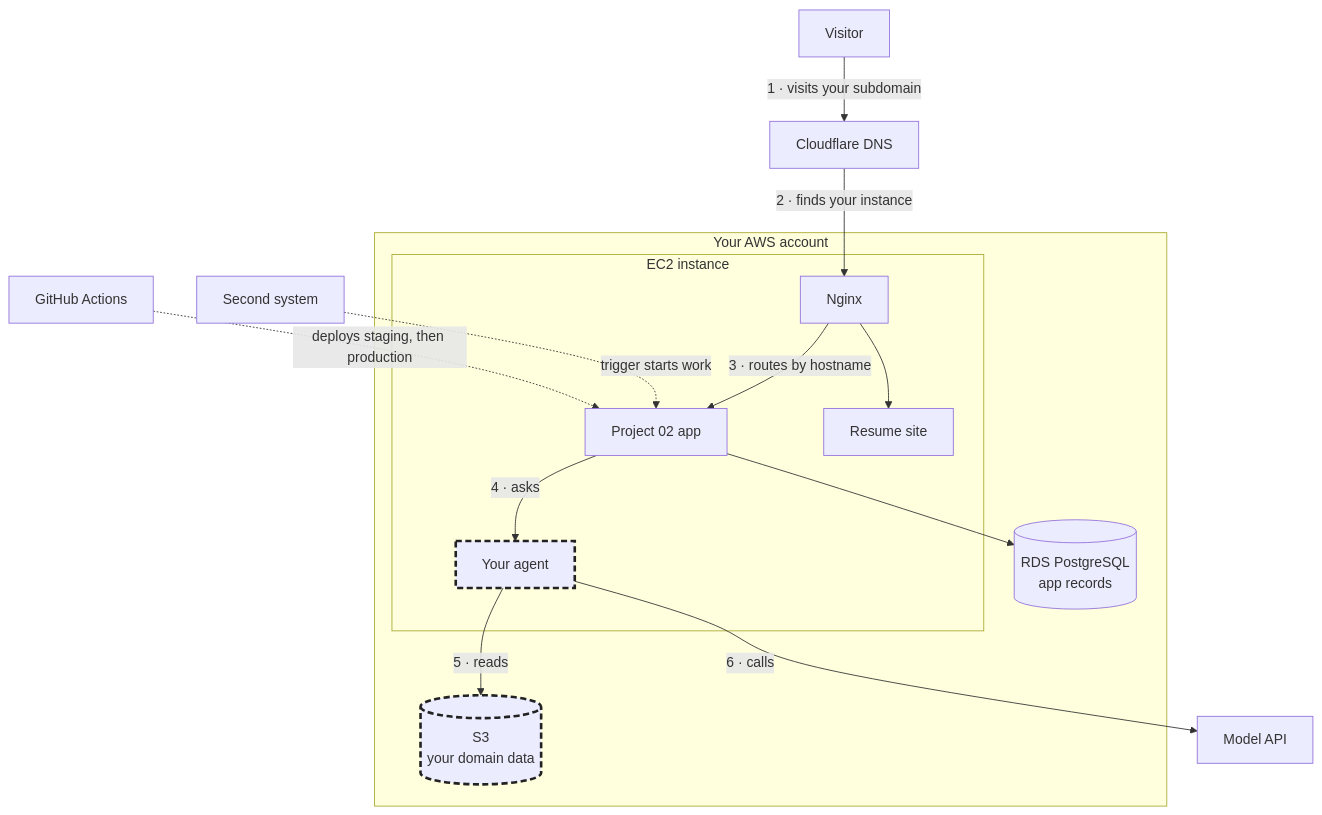
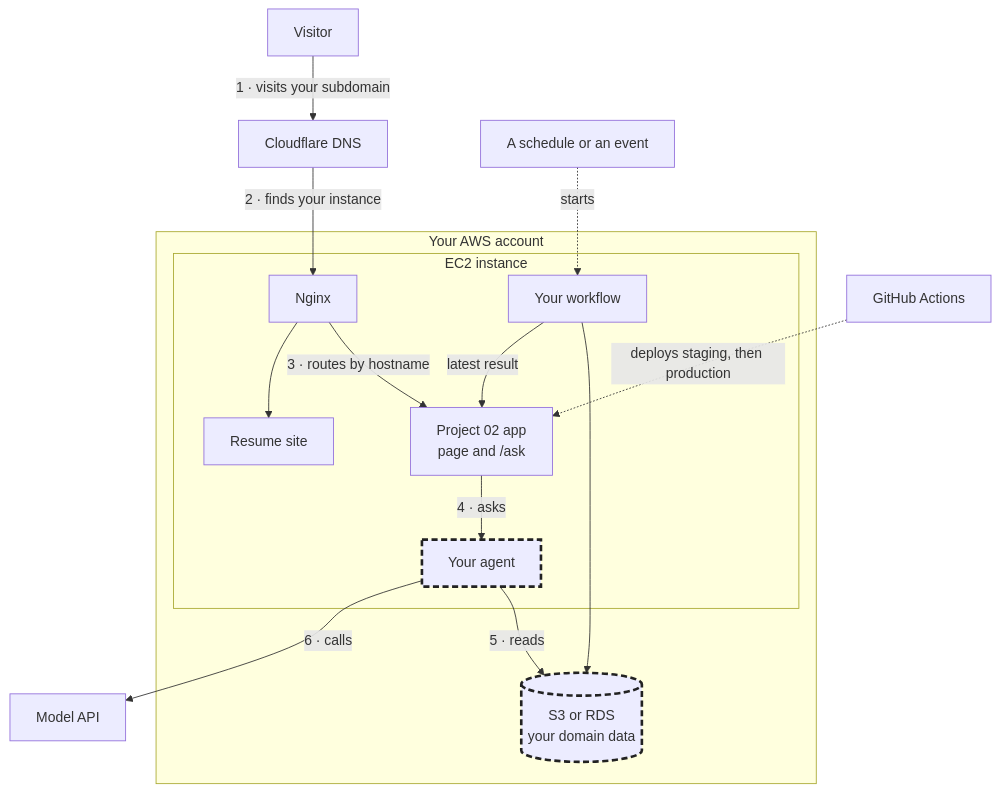
One commit to LMU-ISBA/isba-4775-fa26 changed the diagram in projects/project-02.md. Above: the diagram before and after it, drawn with Mermaid. The commit also changed other lines of this file and 6 other files, not shown here.

Commit message:
Make Project 02 one small system: remove M4, move M3 to December 8, and change Exercise 10 to one real failure

````diff
--- a/projects/project-02.md
+++ b/projects/project-02.md
@@ -133,32 +154,33 @@
 ```mermaid
 flowchart TD
     V["Visitor"]
     DNS["Cloudflare DNS"]
-    X["Second system"]
+    X["A schedule or an event"]
     GH["GitHub Actions"]
     LLM["Model API"]
 
     subgraph AWS["Your AWS account"]
         subgraph EC2["EC2 instance"]
             N["Nginx"]
-            APP["Project 02 app"]
+            APP["Project 02 app<br/>page and /ask"]
             AG["Your agent"]:::chosen
+            WF["Your workflow"]
             R["Resume site"]
         end
-        DB[("RDS PostgreSQL<br/>app records")]
-        S3[("S3<br/>your domain data")]:::chosen
+        D[("S3 or RDS<br/>your domain data")]:::chosen
     end
 
     V -->|"1 · visits your subdomain"| DNS
     DNS -->|"2 · finds your instance"| N
     N -->|"3 · routes by hostname"| APP
     N --> R
     APP -->|"4 · asks"| AG
-    AG -->|"5 · reads"| S3
+    AG -->|"5 · reads"| D
     AG -->|"6 · calls"| LLM
-    APP --> DB
-    X -.->|"trigger starts work"| APP
+    WF --> D
+    WF -->|"latest result"| APP
+    X -.->|"starts"| WF
     GH -.->|"deploys staging, then production"| APP
 
     classDef chosen stroke:#222,stroke-width:3px,stroke-dasharray:7 4
 ```
````
